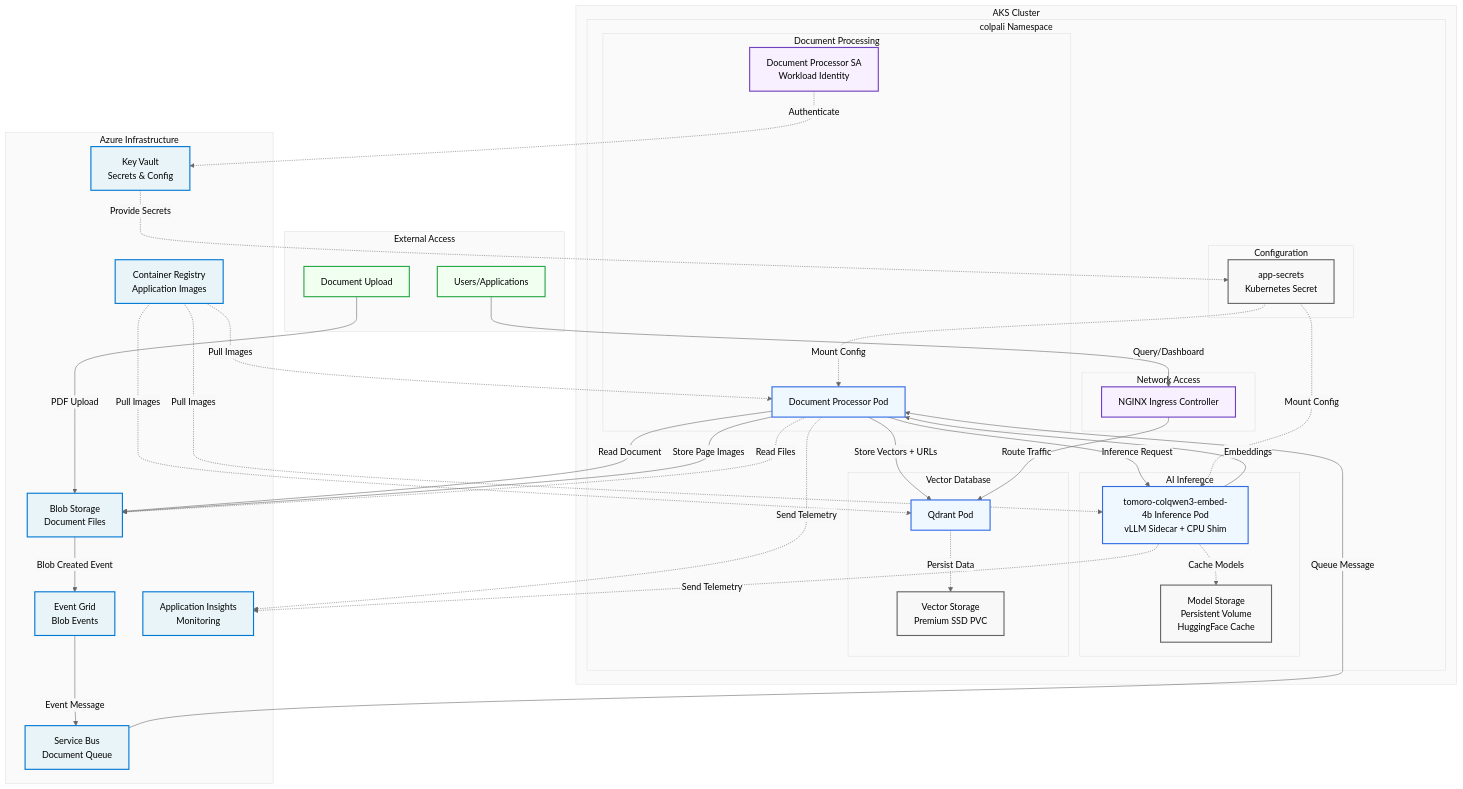
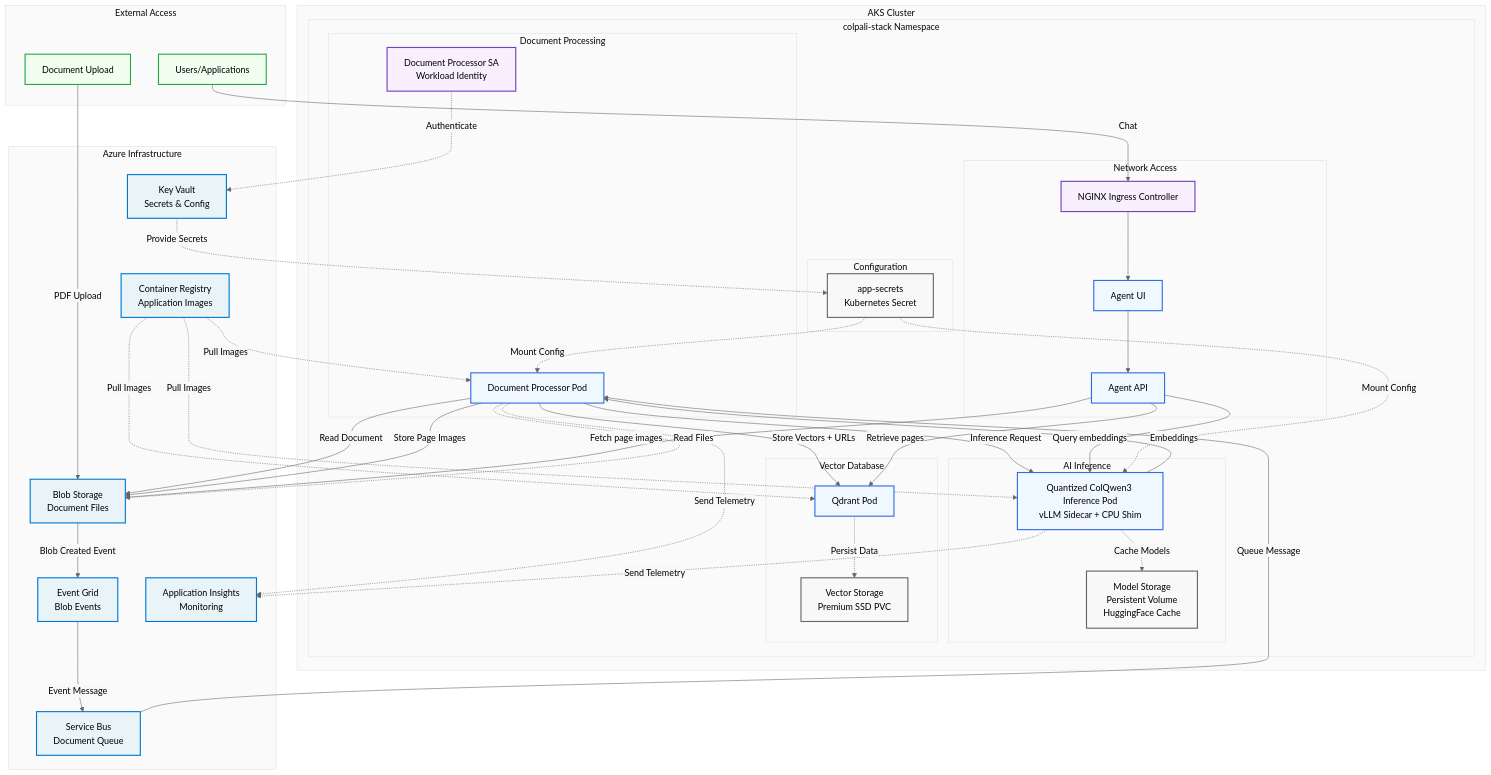
One commit to microsoft/multi-modal-rag-with-colpali changed the diagram in modules/helm/colpali-stack/README.md. Above: the diagram before and after it, drawn with Mermaid. The commit also changed other lines of this file and 45 other files, not shown here.

```diff
--- a/modules/helm/colpali-stack/README.md
+++ b/modules/helm/colpali-stack/README.md
@@ -98,14 +165,14 @@
 }}%%
 graph TB
     subgraph "AKS Cluster"
-        subgraph "colpali Namespace"
+        subgraph "colpali-stack Namespace"
             subgraph "Document Processing"
                 DP[Document Processor Pod]
                 DPSA[Document Processor SA<br/>Workload Identity]
             end
 
             subgraph "AI Inference"
-                CI[tomoro-colqwen3-embed-4b Inference Pod<br/>vLLM Sidecar + CPU Shim]
+                CI[Quantized ColQwen3 Inference Pod<br/>vLLM Sidecar + CPU Shim]
                 HFPV[Model Storage<br/>Persistent Volume<br/>HuggingFace Cache]
             end
 
@@ -116,6 +183,8 @@
 
             subgraph "Network Access"
                 IG[NGINX Ingress Controller]
+                UI[Agent UI]
+                API[Agent API]
             end
 
             subgraph "Configuration"
@@ -147,8 +216,12 @@
     CI -->|Embeddings| DP
     DP -->|Store Page Images| ST
     DP -->|Store Vectors + URLs| QD
-    USER -->|Query/Dashboard| IG
-    IG -->|Route Traffic| QD
+    USER -->|Chat| IG
+    IG --> UI
+    UI --> API
+    API -->|Query embeddings| CI
+    API -->|Retrieve pages| QD
+    API -->|Fetch page images| ST
 
     DPSA -.->|Authenticate| KV
     KV -.->|Provide Secrets| AS
@@ -171,7 +244,7 @@
     classDef external fill:#f0fff0,stroke:#28a745,stroke-width:2px
     classDef network fill:#f8f0ff,stroke:#6f42c1,stroke-width:2px
 
-    class DP,CI,QD pod
+    class DP,CI,QD,UI,API pod
     class HFPV,QDPV,AS storage
     class KV,EG,SB,ST,AI,ACR azure
     class USER,DOCS external
```
